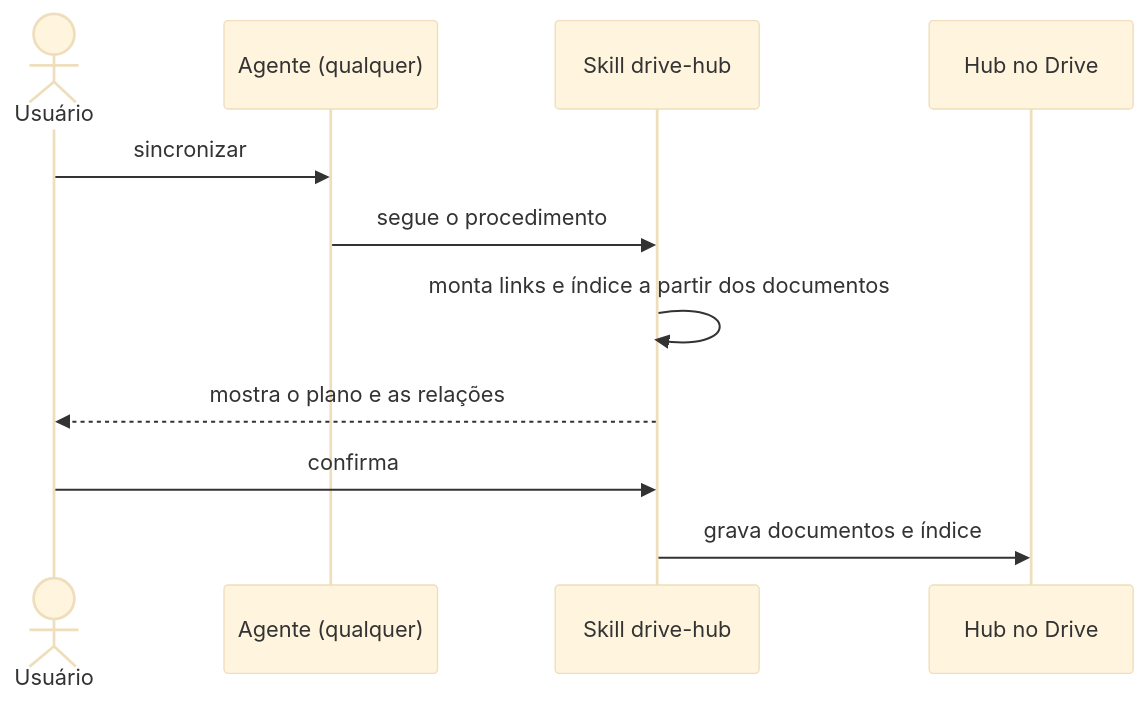
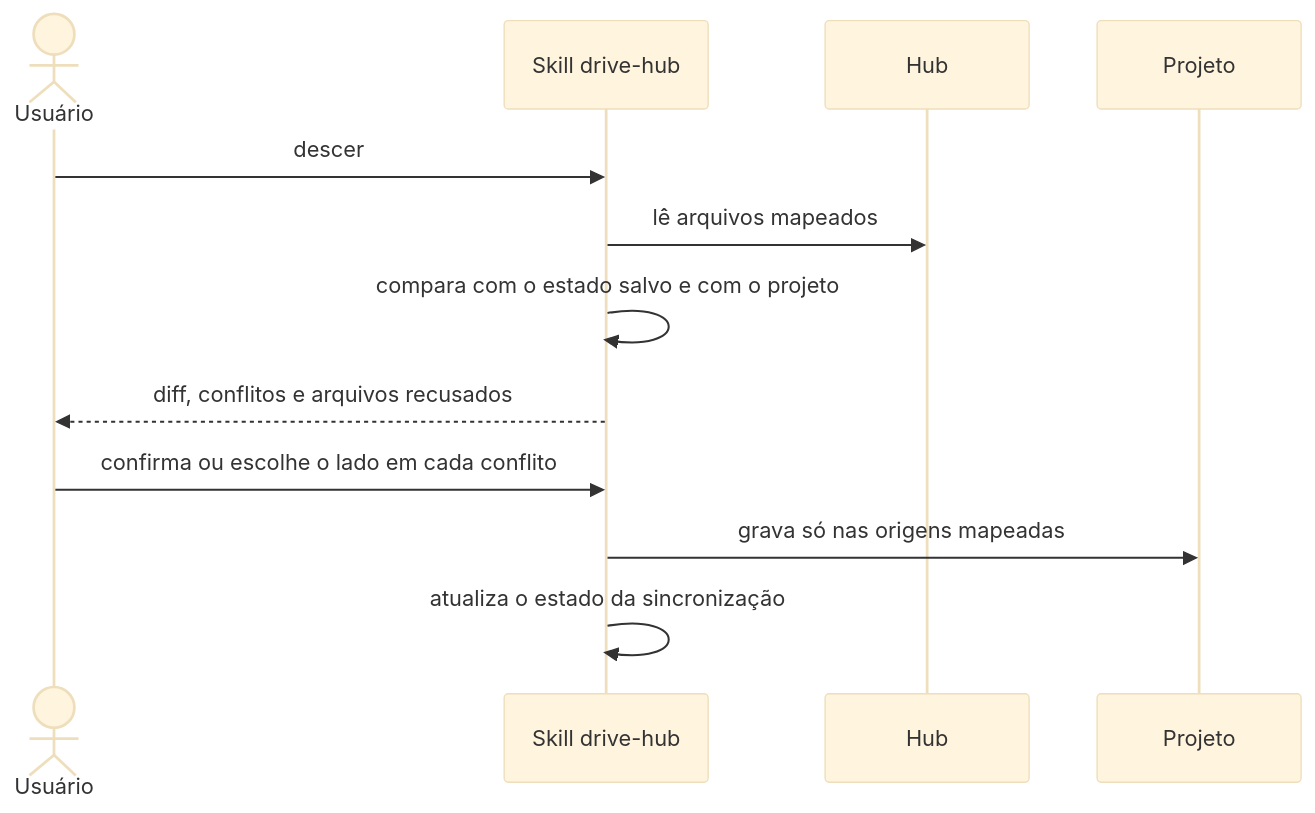
One commit to nathanramorim/drive-hub-sync changed the third of 3 diagrams in sdd/discovery/ffd2-hub-multi-agente-grafo/criteria.md. Above: the diagram before and after it, drawn with Mermaid (base theme). The commit also changed other lines of this file and 4 other files, not shown here.

````diff
--- a/sdd/discovery/ffd2-hub-multi-agente-grafo/criteria.md
+++ b/sdd/discovery/ffd2-hub-multi-agente-grafo/criteria.md
@@ -47,13 +53,14 @@
 ```mermaid
 sequenceDiagram
   actor U as Usuário
-  participant A as Agente (qualquer)
   participant S as Skill drive-hub
-  participant H as Hub no Drive
-  U->>A: sincronizar
-  A->>S: segue o procedimento
-  S->>S: monta links e índice a partir dos documentos
-  S-->>U: mostra o plano e as relações
-  U->>S: confirma
-  S->>H: grava documentos e índice
+  participant H as Hub
+  participant P as Projeto
+  U->>S: descer
+  S->>H: lê arquivos mapeados
+  S->>S: compara com o estado salvo e com o projeto
+  S-->>U: diff, conflitos e arquivos recusados
+  U->>S: confirma ou escolhe o lado em cada conflito
+  S->>P: grava só nas origens mapeadas
+  S->>S: atualiza o estado da sincronização
 ```
````
